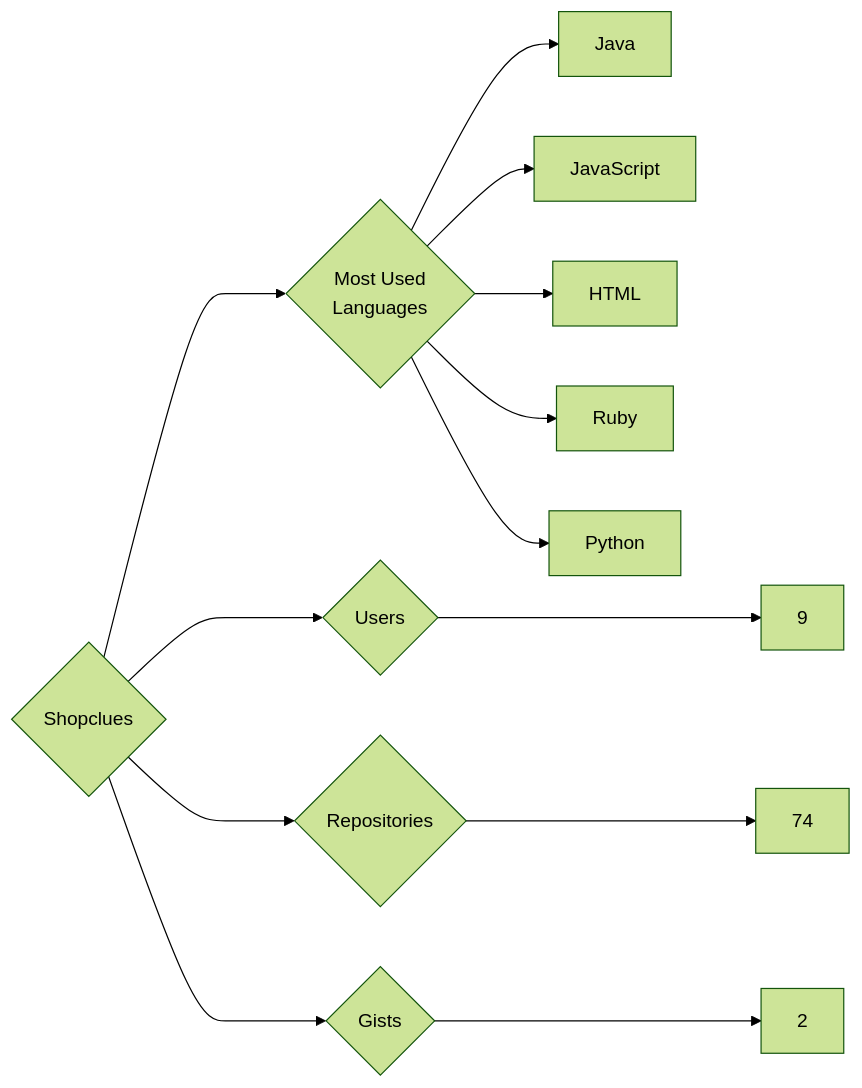
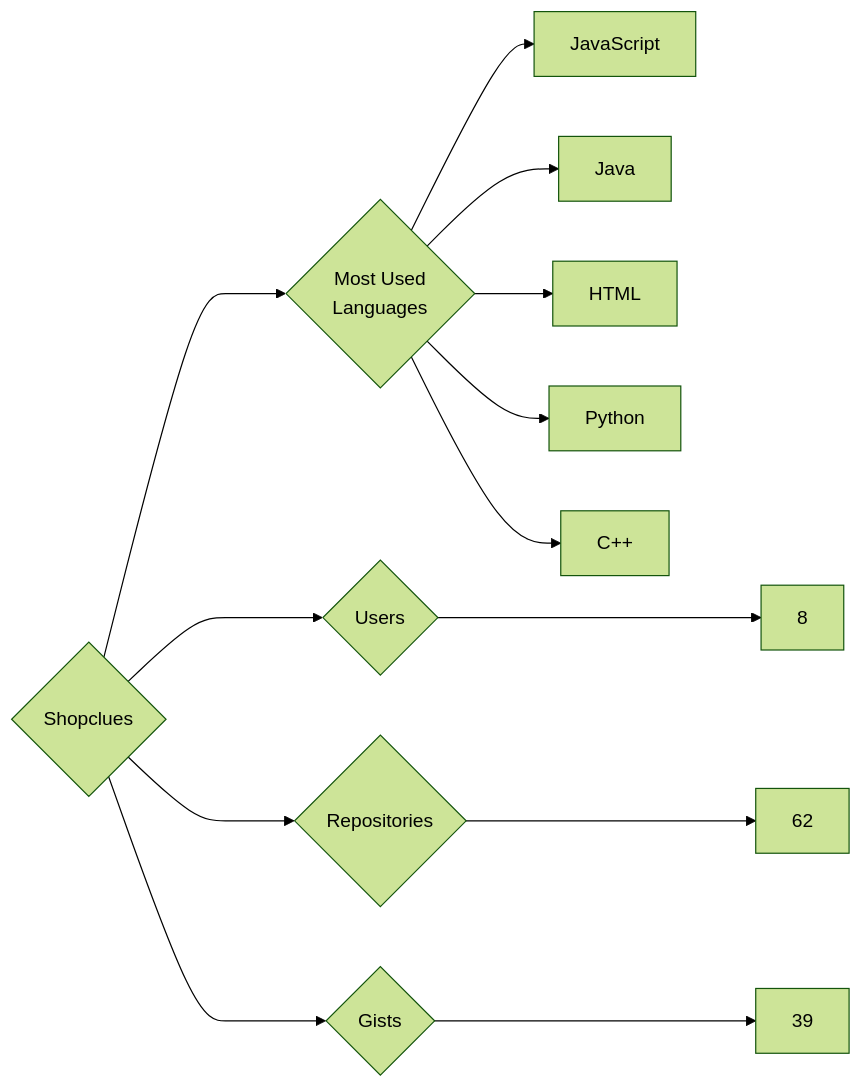
One commit to trickest/insiders changed the diagram in targets/Shopclues/README.md. Above: the diagram before and after it, drawn with Mermaid (forest theme). The commit also changed 1479 other files, not shown here.

````diff
--- a/targets/Shopclues/README.md
+++ b/targets/Shopclues/README.md
@@ -3,13 +3,13 @@
 ```mermaid
 graph LR
 COMPANY_NAME{Shopclues}
-COMPANY_NAME ---> U{Users} ---> UN[9]
-COMPANY_NAME ---> R{Repositories} ---> RN[74]
-COMPANY_NAME ---> G{Gists} ---> GN[2]
+COMPANY_NAME ---> U{Users} ---> UN[8]
+COMPANY_NAME ---> R{Repositories} ---> RN[62]
+COMPANY_NAME ---> G{Gists} ---> GN[39]
 COMPANY_NAME ---> ML{Most Used<br>Languages}
+ML --> JavaScript[JavaScript]
 ML --> Java[Java]
-ML --> JavaScript[JavaScript]
 ML --> HTML[HTML]
-ML --> Ruby[Ruby]
 ML --> Python[Python]
+ML --> C++[C++]
 ```
````
